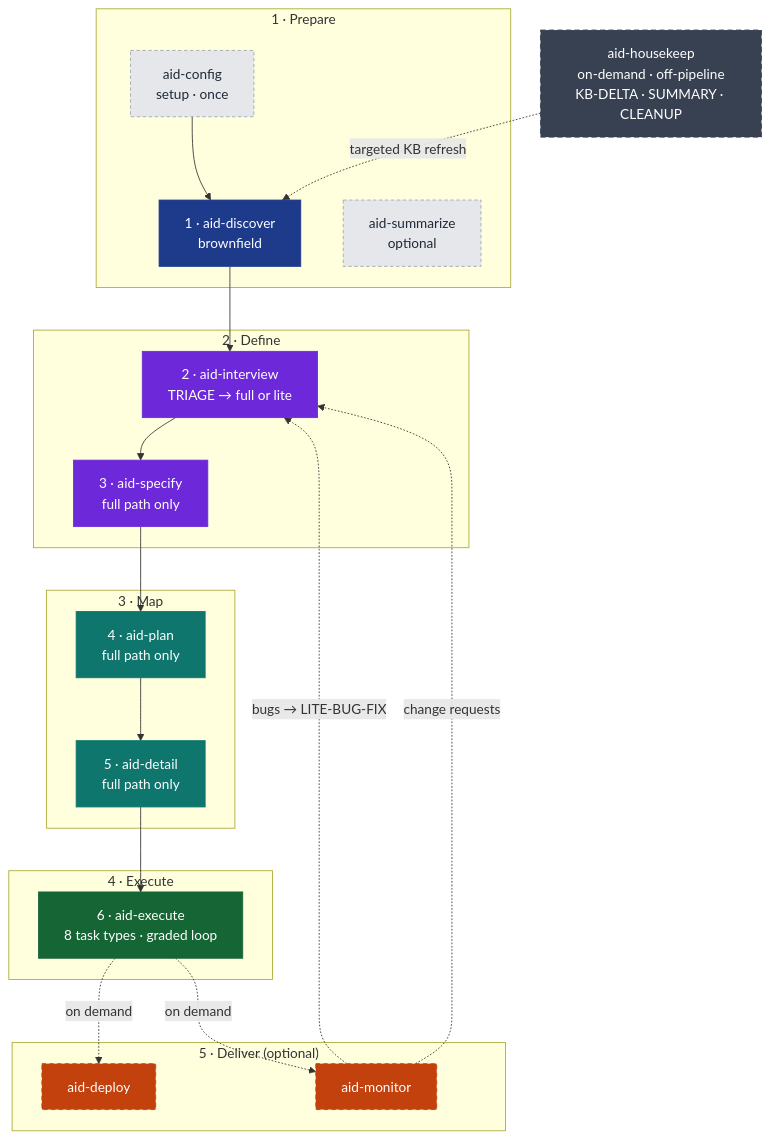
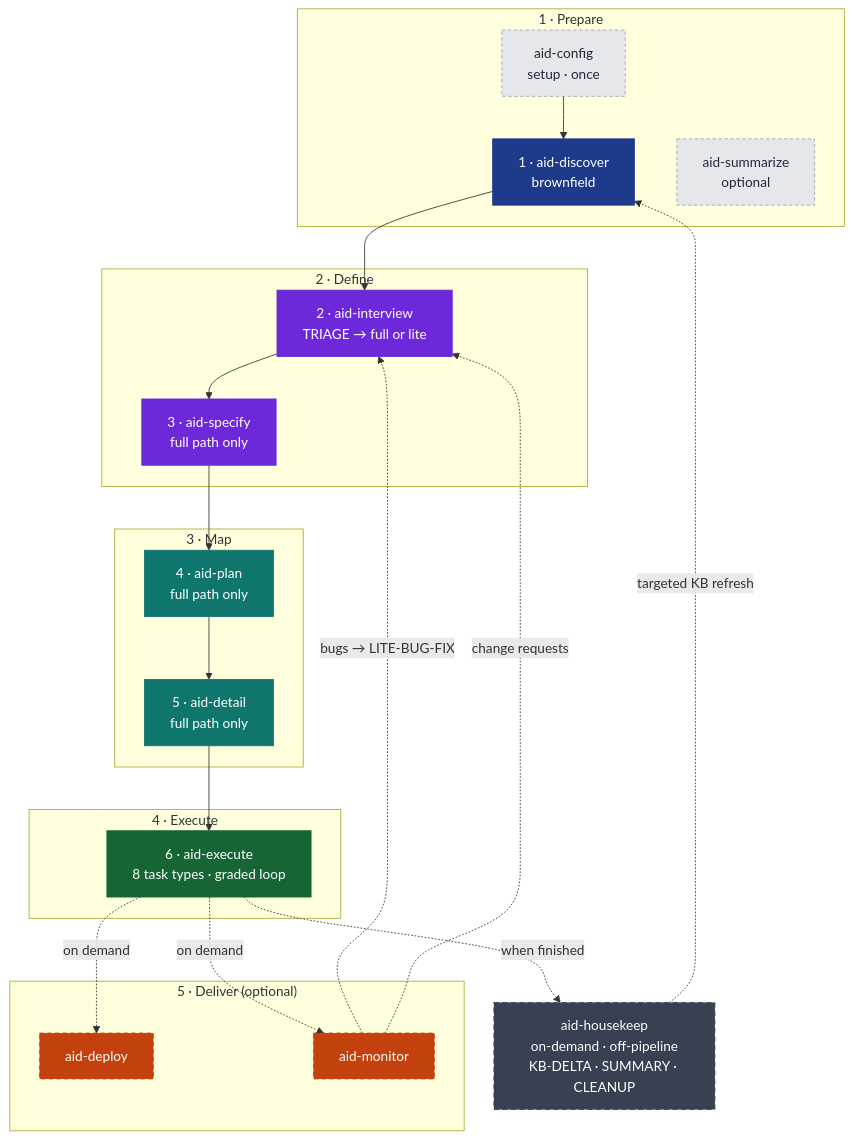
One commit to AndreVianna/aid-methodology changed the first of 7 diagrams in methodology/aid-methodology.md. Above: the diagram before and after it, drawn with Mermaid.

Commit message:
update pipeline diagram

````diff
--- a/methodology/aid-methodology.md
+++ b/methodology/aid-methodology.md
@@ -26,40 +26,41 @@
 ```mermaid
 flowchart TB
     classDef prep    fill:#1E3A8A,stroke:#1E3A8A,color:#ffffff
     classDef def     fill:#6D28D9,stroke:#6D28D9,color:#ffffff
     classDef map     fill:#0F766E,stroke:#0F766E,color:#ffffff
     classDef exe     fill:#166534,stroke:#166534,color:#ffffff
     classDef delopt  fill:#C2410C,stroke:#C2410C,color:#ffffff,stroke-dasharray:5 4
     classDef aux     fill:#E5E7EB,stroke:#9CA3AF,color:#1F2937,stroke-dasharray:4 3
     classDef offpipe fill:#374151,stroke:#374151,color:#ffffff,stroke-dasharray:6 4
 
     subgraph G1[" 1 · Prepare "]
         Init["aid-config<br/>setup · once"]:::aux
         Disc["1 · aid-discover<br/>brownfield"]:::prep
         Sum["aid-summarize<br/>optional"]:::aux
     end
     subgraph G2[" 2 · Define "]
         Intv["2 · aid-interview<br/>TRIAGE → full or lite"]:::def
         Spec["3 · aid-specify<br/>full path only"]:::def
     end
     subgraph G3[" 3 · Map "]
         Plan["4 · aid-plan<br/>full path only"]:::map
         Det["5 · aid-detail<br/>full path only"]:::map
     end
     subgraph G4[" 4 · Execute "]
         Exe["6 · aid-execute<br/>8 task types · graded loop"]:::exe
     end
     subgraph G5[" 5 · Deliver (optional) "]
         Dep["aid-deploy"]:::delopt
         Mon["aid-monitor"]:::delopt
     end
 
     HK["aid-housekeep<br/>on-demand · off-pipeline<br/>KB-DELTA · SUMMARY · CLEANUP"]:::offpipe
 
     Init --> Disc --> Intv --> Spec --> Plan --> Det --> Exe
     Exe -. "on demand" .-> Dep
     Exe -. "on demand" .-> Mon
+    Exe -. "when finished" .-> HK
     Mon -. "bugs → LITE-BUG-FIX" .-> Intv
     Mon -. "change requests" .-> Intv
     HK  -. "targeted KB refresh" .-> Disc
 ```
````
